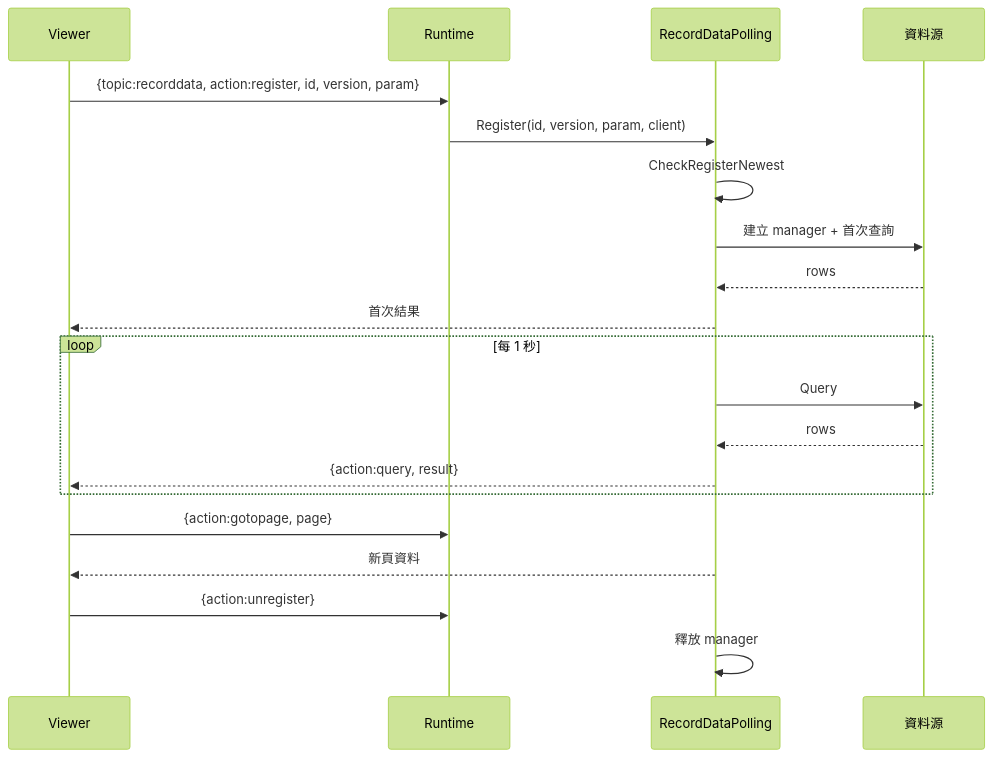
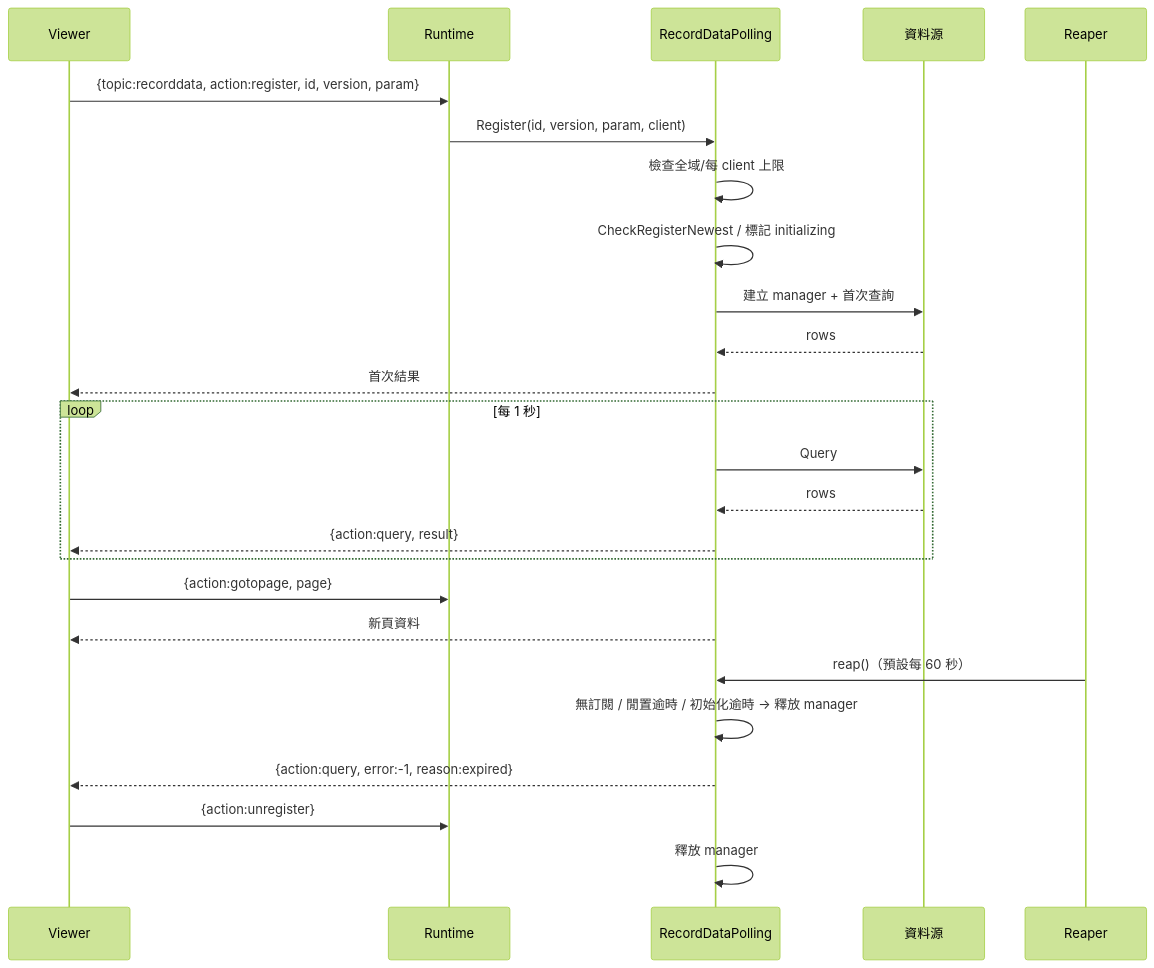
One commit to PochengChen-del/EdgeViewDoc changed the fifth of 14 diagrams in SDS/09_Key_Flows.md. Above: the diagram before and after it, drawn with Mermaid (forest theme). The commit also changed other lines of this file and 4 other files, not shown here.

````diff
--- a/SDS/09_Key_Flows.md
+++ b/SDS/09_Key_Flows.md
@@ -119,23 +119,28 @@
 ```mermaid
 sequenceDiagram
     participant V as Viewer
     participant P as Runtime
     participant R as RecordDataPolling
     participant DB as 資料源
+    participant T as Reaper
 
     V->>P: {topic:recorddata, action:register, id, version, param}
     P->>R: Register(id, version, param, client)
-    R->>R: CheckRegisterNewest
+    R->>R: 檢查全域/每 client 上限
+    R->>R: CheckRegisterNewest / 標記 initializing
     R->>DB: 建立 manager + 首次查詢
     DB-->>R: rows
     R-->>V: 首次結果
     loop 每 1 秒
         R->>DB: Query
         DB-->>R: rows
         R-->>V: {action:query, result}
     end
     V->>P: {action:gotopage, page}
     R-->>V: 新頁資料
+    T->>R: reap()（預設每 60 秒）
+    R->>R: 無訂閱 / 閒置逾時 / 初始化逾時 → 釋放 manager
+    R-->>V: {action:query, error:-1, reason:expired}
     V->>P: {action:unregister}
     R->>R: 釋放 manager
 ```
````
